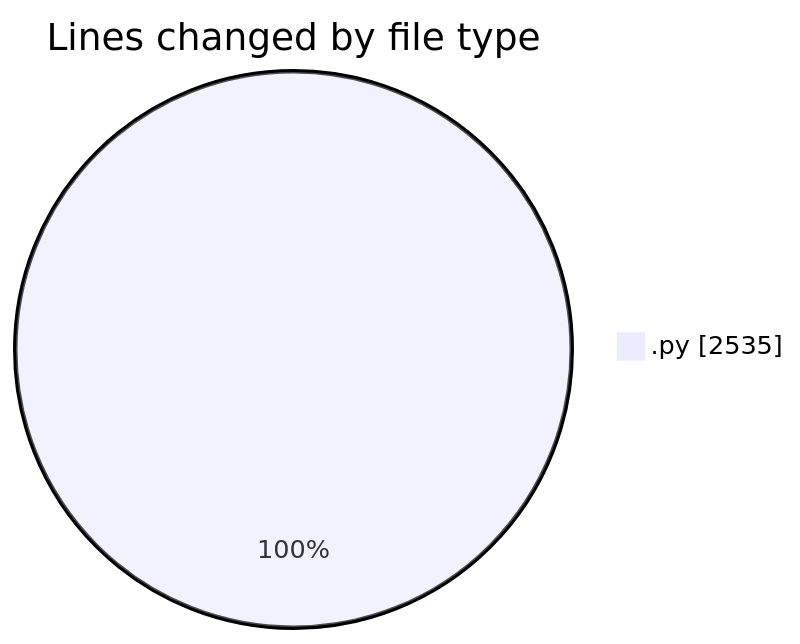
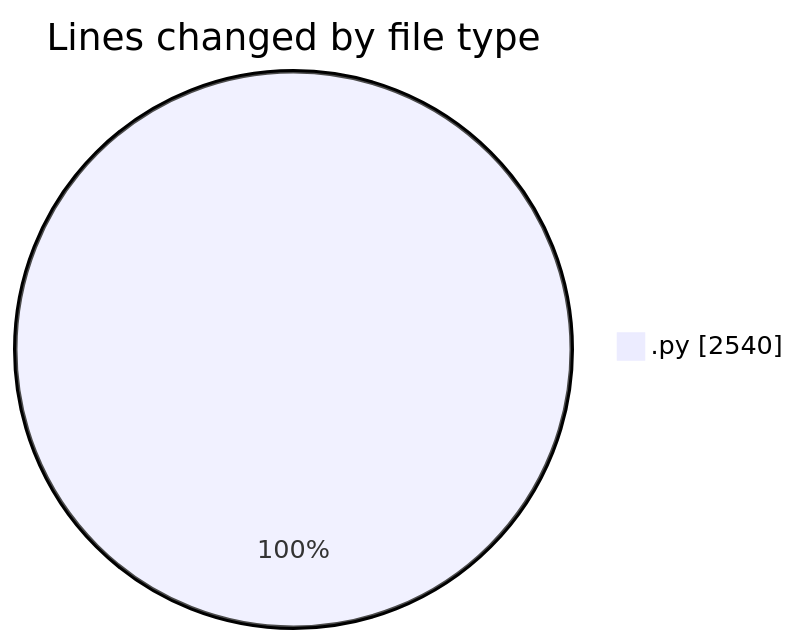
The first of 2 diagrams in 2026-01-11/dsa/README.md (Ritupan-Deka/code-tracking), drawn with Mermaid before and after one commit. The commit also changed other lines of this file and 1 other file, not shown here.

````diff
--- a/2026-01-11/dsa/README.md
+++ b/2026-01-11/dsa/README.md
@@ -21,5 +21,5 @@
 ```mermaid
 pie showData
 title Lines changed by file type
-".py" : 2535
+".py" : 2540
 ```
````
